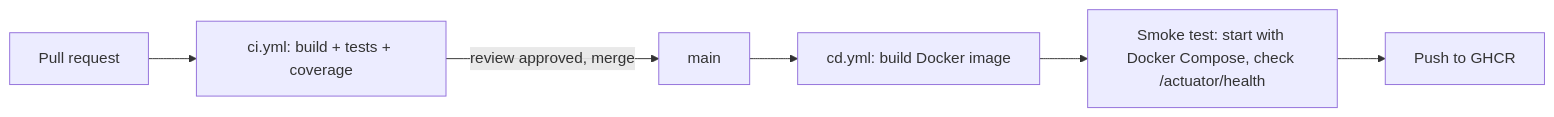
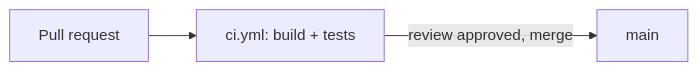
Before and after one commit to antonio-scognamiglio/bonify-api: the second of 2 diagrams in README.md, drawn with Mermaid. The commit also changed other lines of this file and 1 other file, not shown here.

````diff
--- a/README.md
+++ b/README.md
@@ -262,8 +255,5 @@
 ```mermaid
 flowchart LR
-    A[Pull request] --> B[ci.yml: build + tests + coverage]
+    A[Pull request] --> B[ci.yml: build + tests]
     B -->|review approved, merge| C[main]
-    C --> D[cd.yml: build Docker image]
-    D --> E[Smoke test: start with Docker Compose, check /actuator/health]
-    E --> F[Push to GHCR]
 ```
````
